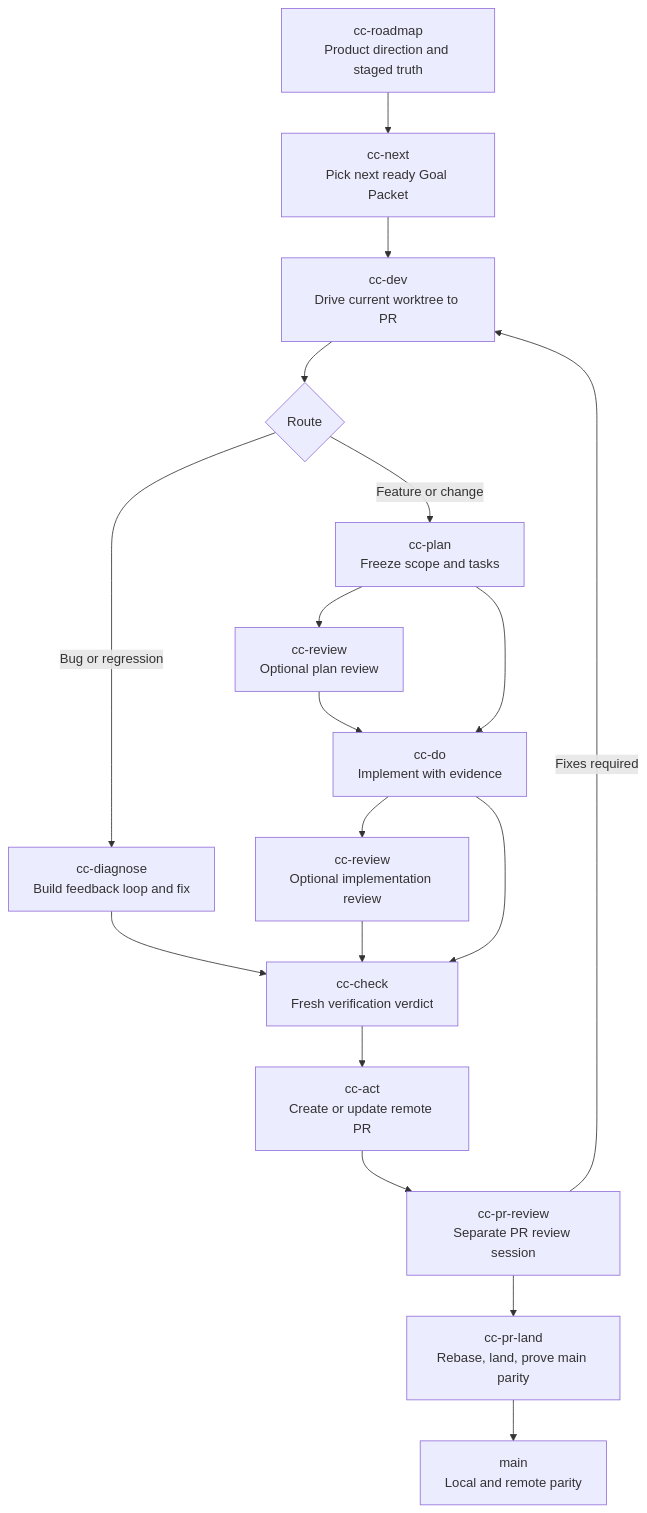
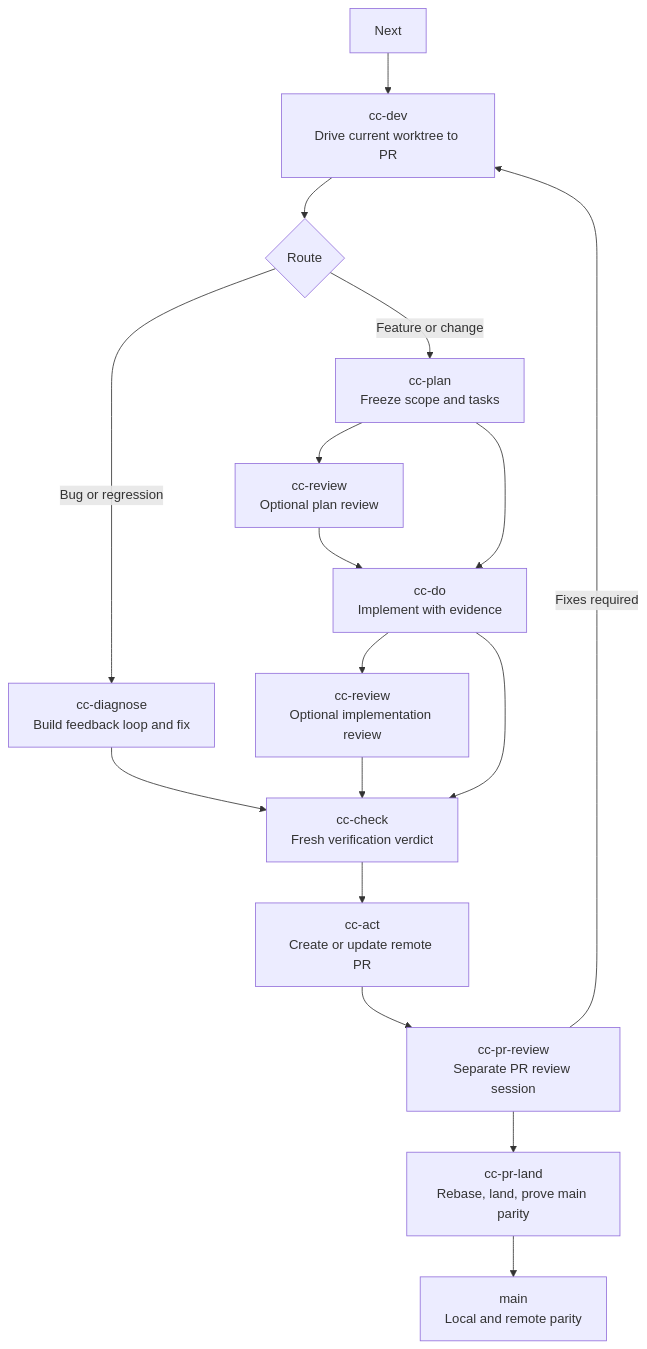
The diagram in README.md (Dimon94/cc-devflow), drawn with Mermaid before and after one commit. The commit also changed other lines of this file and 73 other files, not shown here.

First line of the commit message:
chore(workflow): 移除 roadmap skill

````diff
--- a/README.md
+++ b/README.md
@@ -67,23 +63,22 @@
 ```mermaid
 flowchart TD
-  Roadmap["cc-roadmap\nProduct direction and staged truth"] --> Next["cc-next\nPick next ready Goal Packet"]
   Next --> Dev["cc-dev\nDrive current worktree to PR"]
 
   Dev --> Route{"Route"}
   Route -->|Feature or change| Plan["cc-plan\nFreeze scope and tasks"]
   Route -->|Bug or regression| Diagnose["cc-diagnose\nBuild feedback loop and fix"]
 
   Plan --> PlanReview["cc-review\nOptional plan review"]
   PlanReview --> Do["cc-do\nImplement with evidence"]
   Plan --> Do
   Diagnose --> Check
 
   Do --> ImplReview["cc-review\nOptional implementation review"]
   ImplReview --> Check["cc-check\nFresh verification verdict"]
   Do --> Check
   Check --> Act["cc-act\nCreate or update remote PR"]
   Act --> PRReview["cc-pr-review\nSeparate PR review session"]
   PRReview --> PRLand["cc-pr-land\nRebase, land, prove main parity"]
   PRReview -->|Fixes required| Dev
   PRLand --> Main["main\nLocal and remote parity"]
 ```
````
